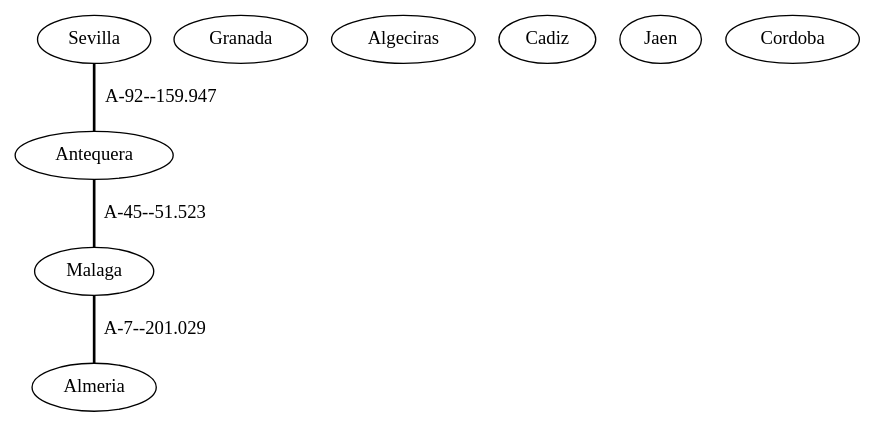
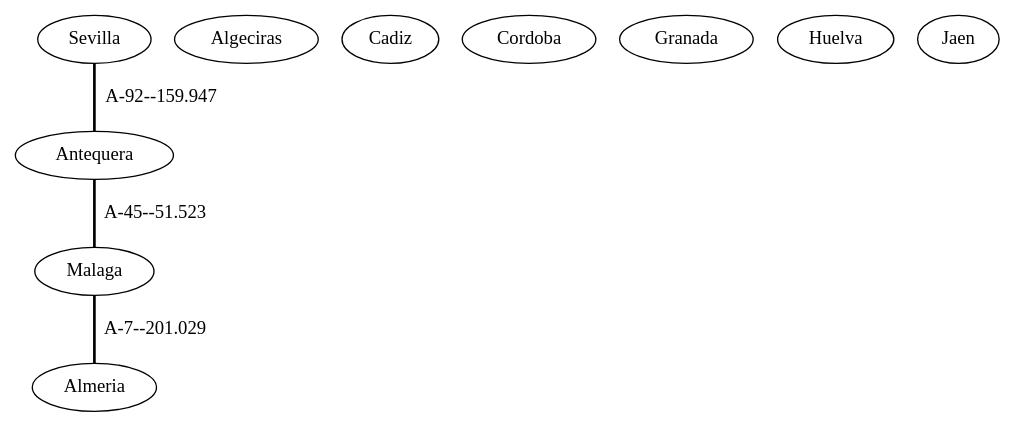
The diagram in EjemplosDeGrafos/ficheros/caminoMinimoAndalucia2.gv (migueltoro/adda_v3), drawn with Graphviz before and after one commit. The commit also changed 10 other files, not shown here.

```diff
--- a/EjemplosDeGrafos/ficheros/caminoMinimoAndalucia2.gv
+++ b/EjemplosDeGrafos/ficheros/caminoMinimoAndalucia2.gv
@@ -1,14 +1,15 @@
 strict graph G {
   1 [ color="black" label="Sevilla" ];
-  2 [ color="black" label="Almeria" ];
-  3 [ color="black" label="Granada" ];
-  4 [ color="black" label="Algeciras" ];
-  5 [ color="black" label="Cadiz" ];
-  6 [ color="black" label="Malaga" ];
-  7 [ color="black" label="Jaen" ];
+  2 [ color="black" label="Algeciras" ];
+  3 [ color="black" label="Cadiz" ];
+  4 [ color="black" label="Almeria" ];
+  5 [ color="black" label="Malaga" ];
+  6 [ color="black" label="Cordoba" ];
+  7 [ color="black" label="Granada" ];
   8 [ color="black" label="Antequera" ];
-  9 [ color="black" label="Cordoba" ];
+  9 [ color="black" label="Huelva" ];
+  10 [ color="black" label="Jaen" ];
+  8 -- 5 [ style="bold" label="A-45--51.523" ];
+  5 -- 4 [ style="bold" label="A-7--201.029" ];
   1 -- 8 [ style="bold" label="A-92--159.947" ];
-  8 -- 6 [ style="bold" label="A-45--51.523" ];
-  6 -- 2 [ style="bold" label="A-7--201.029" ];
 }
```
